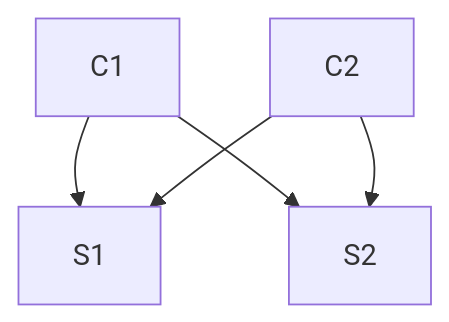
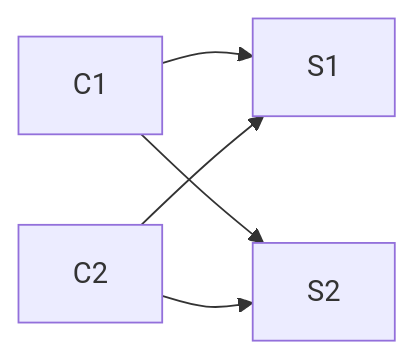
The diagram in MIT - Lec 6 - Raft (1).md (zanymuzik/notes), drawn with Mermaid before and after one commit. The commit also changed other lines of this file, not shown here.

````diff
--- a/MIT - Lec 6 - Raft (1).md
+++ b/MIT - Lec 6 - Raft (1).md
@@ -18,4 +18,7 @@
 ```mermaid
-graph TB
-C1 & C2--> S1 & S2
+graph LR
+C1 --> S1
+C1 --> S2 
+C2--> S1 
+C2--> S2
 ```
````
